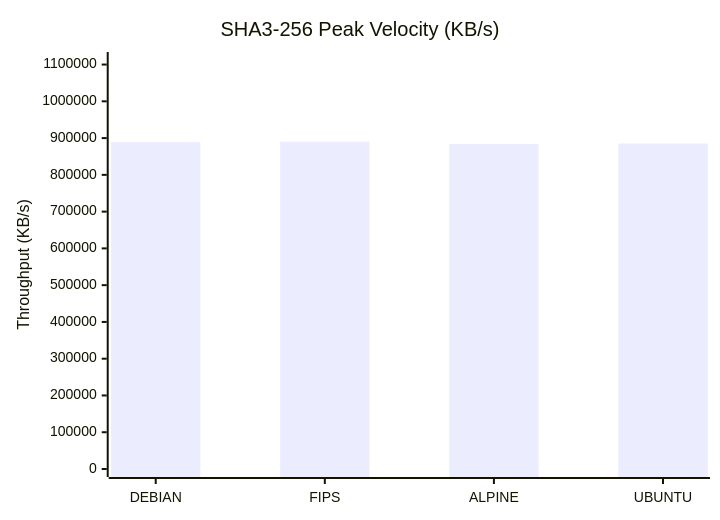
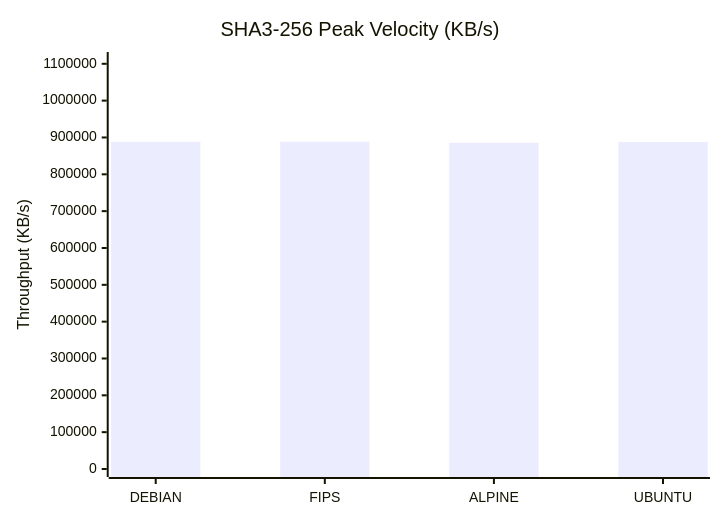
The third of 9 diagrams in docs/Comparison_Report.md (taha2samy/openssl_fips), drawn with Mermaid before and after one commit. The commit also changed other lines of this file and 2 other files, not shown here.

````diff
--- a/docs/Comparison_Report.md
+++ b/docs/Comparison_Report.md
@@ -74,7 +74,7 @@
 ```mermaid
 xychart-beta
     title "SHA3-256 Peak Velocity (KB/s)"
     x-axis [DEBIAN, FIPS, ALPINE, UBUNTU]
-    y-axis "Throughput (KB/s)" 0 --> 1112371
-    bar [888840.19, 889896.96, 884051.87, 885137.41]
+    y-axis "Throughput (KB/s)" 0 --> 1110312
+    bar [888225.79, 888250.37, 885743.62, 887963.65]
 ```
````
